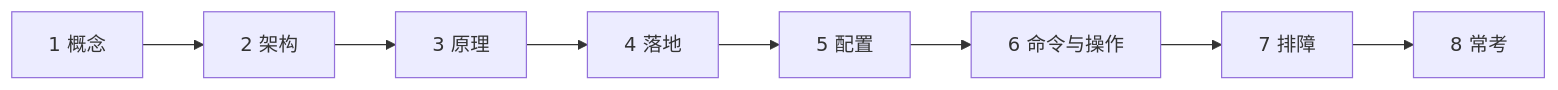
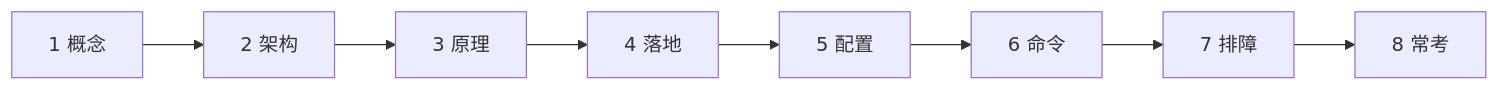
One commit to ml-cuizijun/LearnToLilith changed the first of 4 diagrams in 02-基础底座/19-NTP与时间同步/知识点.md. Above: the diagram before and after it, drawn with Mermaid. The commit also changed other lines of this file and 107 other files, not shown here.

````diff
--- a/02-基础底座/19-NTP与时间同步/知识点.md
+++ b/02-基础底座/19-NTP与时间同步/知识点.md
@@ -3,10 +3,10 @@
 ```mermaid
 flowchart LR
     a[1 概念] --> b[2 架构]
     b --> c[3 原理]
     c --> d[4 落地]
     d --> e[5 配置]
-    e --> f[6 命令与操作]
+    e --> f[6 命令]
     f --> g[7 排障]
     g --> h[8 常考]
 ```
````
